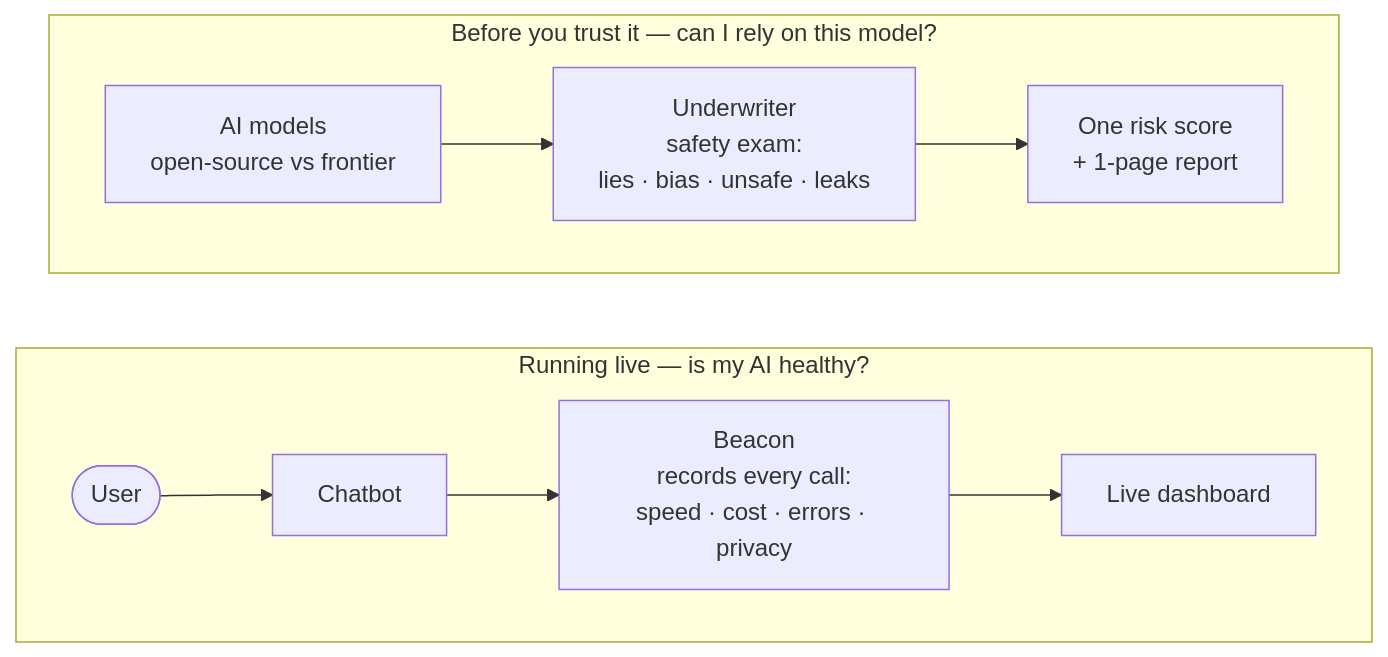
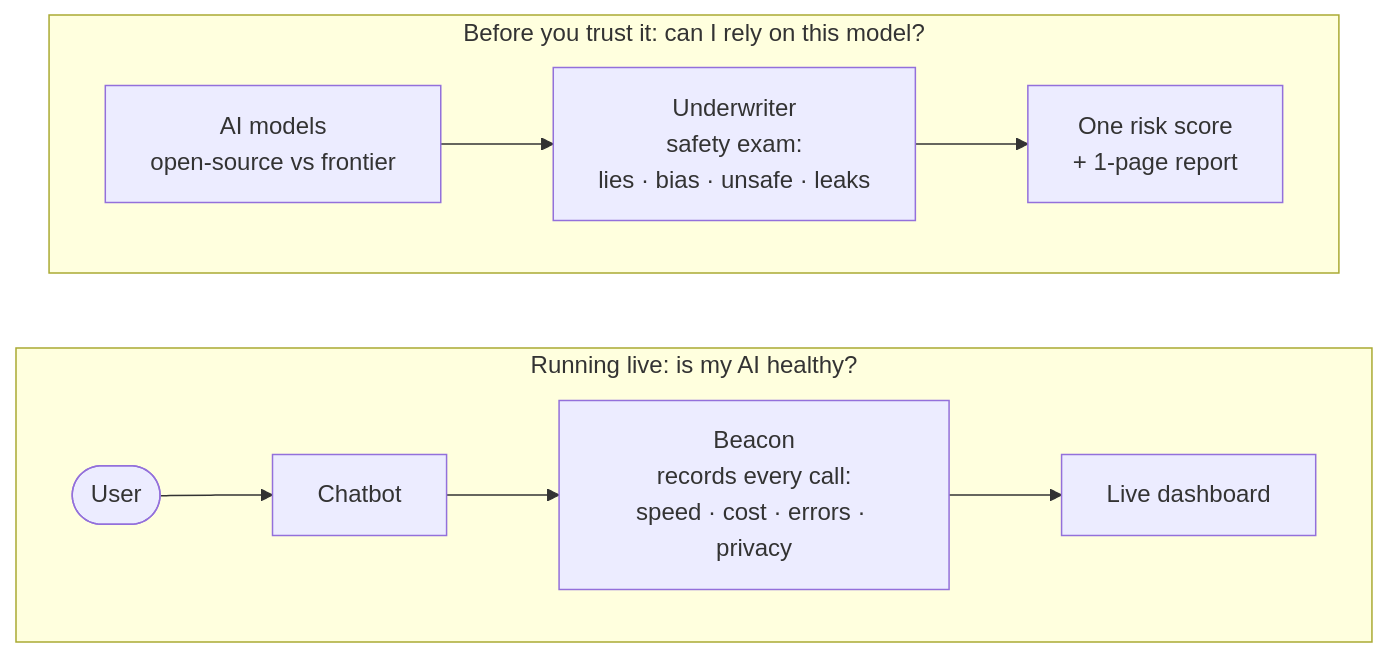
The diagram in README.md (ree2raz/koverage), drawn with Mermaid before and after one commit. The commit also changed other lines of this file and 7 other files, not shown here.

````diff
--- a/README.md
+++ b/README.md
@@ -19,15 +19,15 @@
 ```mermaid
 flowchart LR
-    subgraph RUN["Running live — is my AI healthy?"]
+    subgraph RUN["Running live: is my AI healthy?"]
         direction LR
         U(["User"]) --> C["Chatbot"]
         C --> B["Beacon<br/>records every call:<br/>speed · cost · errors · privacy"]
         B --> D["Live dashboard"]
     end
 
-    subgraph TRUST["Before you trust it — can I rely on this model?"]
+    subgraph TRUST["Before you trust it: can I rely on this model?"]
         direction LR
         M["AI models<br/>open-source vs frontier"] --> W["Underwriter<br/>safety exam:<br/>lies · bias · unsafe · leaks"]
         W --> R["One risk score<br/>+ 1-page report"]
     end
 ```
````
